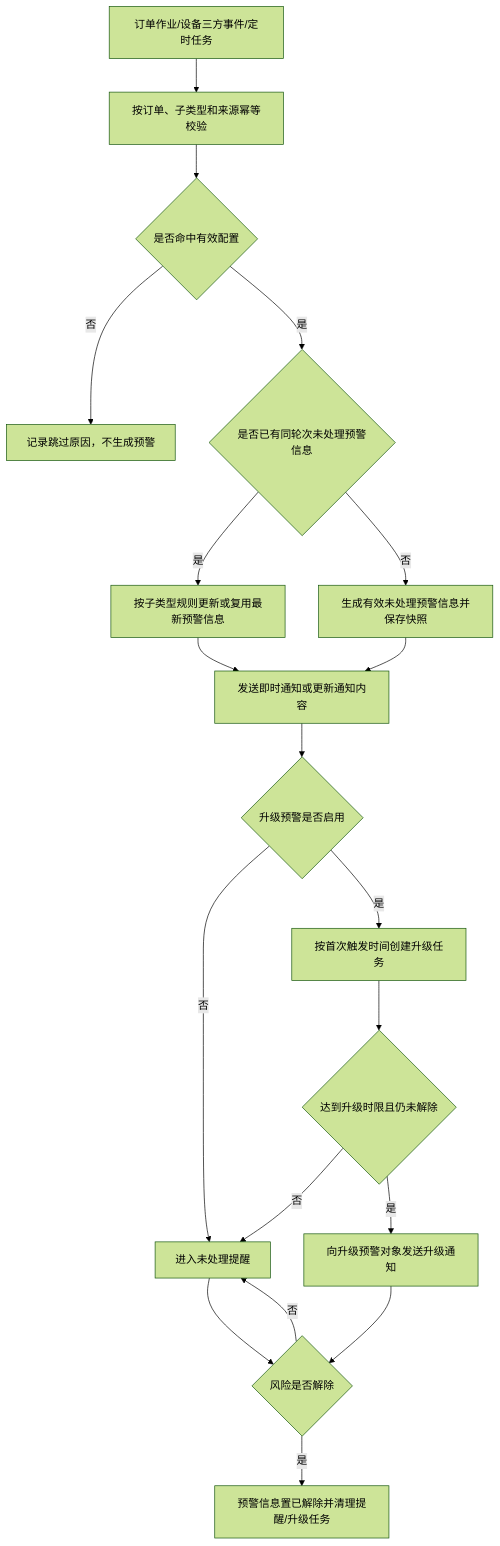
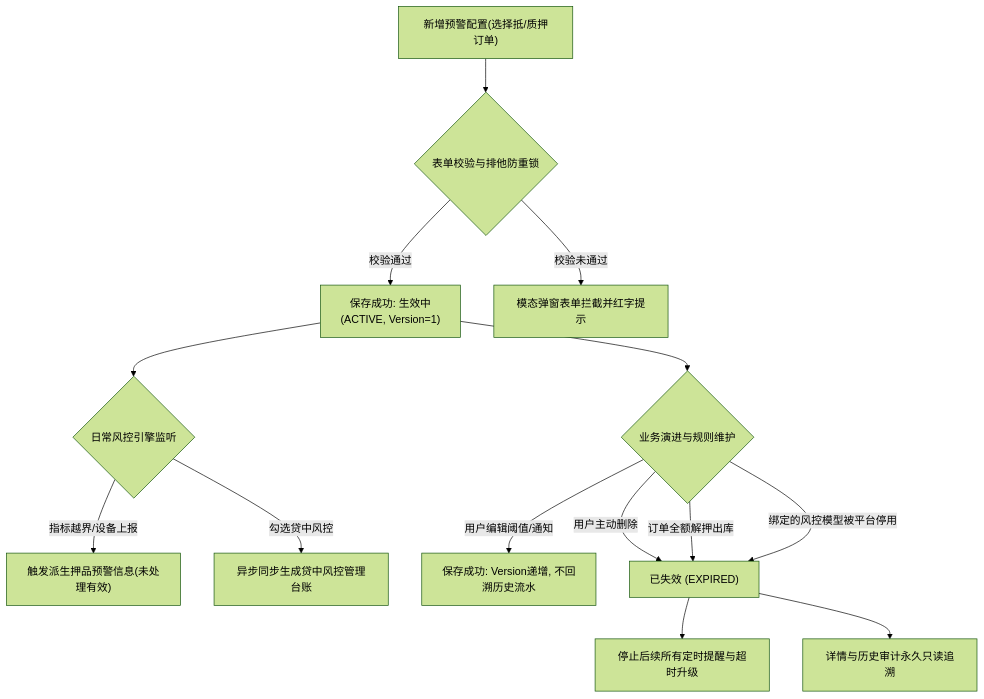
One commit to RobertHuang999/SYZC changed the diagram in 02-PRD文档/🌟🌟🌟-最新基准版/B端PC/08-配置管理/19-风险管理-订单预警配置/订单预警配置业务规则规格.md. Above: the diagram before and after it, drawn with Mermaid (forest theme). The commit also changed other lines of this file and 264 other files, not shown here.

````diff
--- a/02-PRD文档/🌟🌟🌟-最新基准版/B端PC/08-配置管理/19-风险管理-订单预警配置/订单预警配置业务规则规格.md
+++ b/02-PRD文档/🌟🌟🌟-最新基准版/B端PC/08-配置管理/19-风险管理-订单预警配置/订单预警配置业务规则规格.md
@@ -260,21 +34,19 @@
 ```mermaid
 flowchart TD
-    A[订单作业/设备三方事件/定时任务] --> B[按订单、子类型和来源幂等校验]
-    B --> C{是否命中有效配置}
-    C -- 否 --> C1[记录跳过原因，不生成预警]
-    C -- 是 --> D{是否已有同轮次未处理预警信息}
-    D -- 是 --> E[按子类型规则更新或复用最新预警信息]
-    D -- 否 --> F[生成有效未处理预警信息并保存快照]
-    E --> G[发送即时通知或更新通知内容]
-    F --> G
-    G --> H{升级预警是否启用}
-    H -- 否 --> I[进入未处理提醒]
-    H -- 是 --> J[按首次触发时间创建升级任务]
-    J --> K{达到升级时限且仍未解除}
-    K -- 否 --> I
-    K -- 是 --> L[向升级预警对象发送升级通知]
-    I --> M{风险是否解除}
-    L --> M
-    M -- 否 --> I
-    M -- 是 --> N[预警信息置已解除并清理提醒/升级任务]
+    A["新增预警配置(选择抵/质押订单)"] --> B{"表单校验与排他防重锁"}
+    B -- "校验通过" --> C["保存成功: 生效中<br/>(ACTIVE, Version=1)"]
+    B -- "校验未通过" --> D["模态弹窗表单拦截并红字提示"]
+
+    C --> E{"日常风控引擎监听"}
+    E -- "指标越界/设备上报" --> F["触发派生押品预警信息(未处理有效)"]
+    E -- "勾选贷中风控" --> G["异步同步生成贷中风控管理台账"]
+
+    C --> H{"业务演进与规则维护"}
+    H -- "用户编辑阈值/通知" --> I["保存成功: Version递增, 不回溯历史流水"]
+    H -- "用户主动删除" --> J["已失效 (EXPIRED)"]
+    H -- "订单全额解押出库" --> J
+    H -- "绑定的风控模型被平台停用" --> J
+
+    J --> K["停止后续所有定时提醒与超时升级"]
+    J --> L["详情与历史审计永久只读追溯"]
 ```
````
